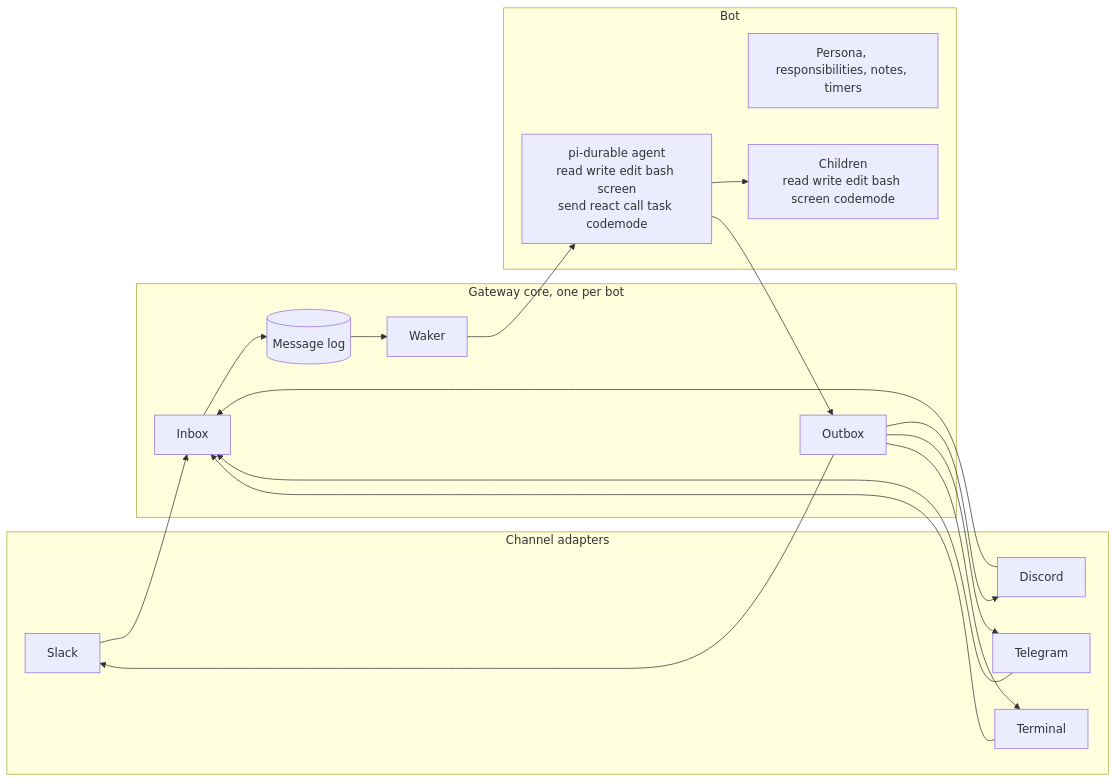
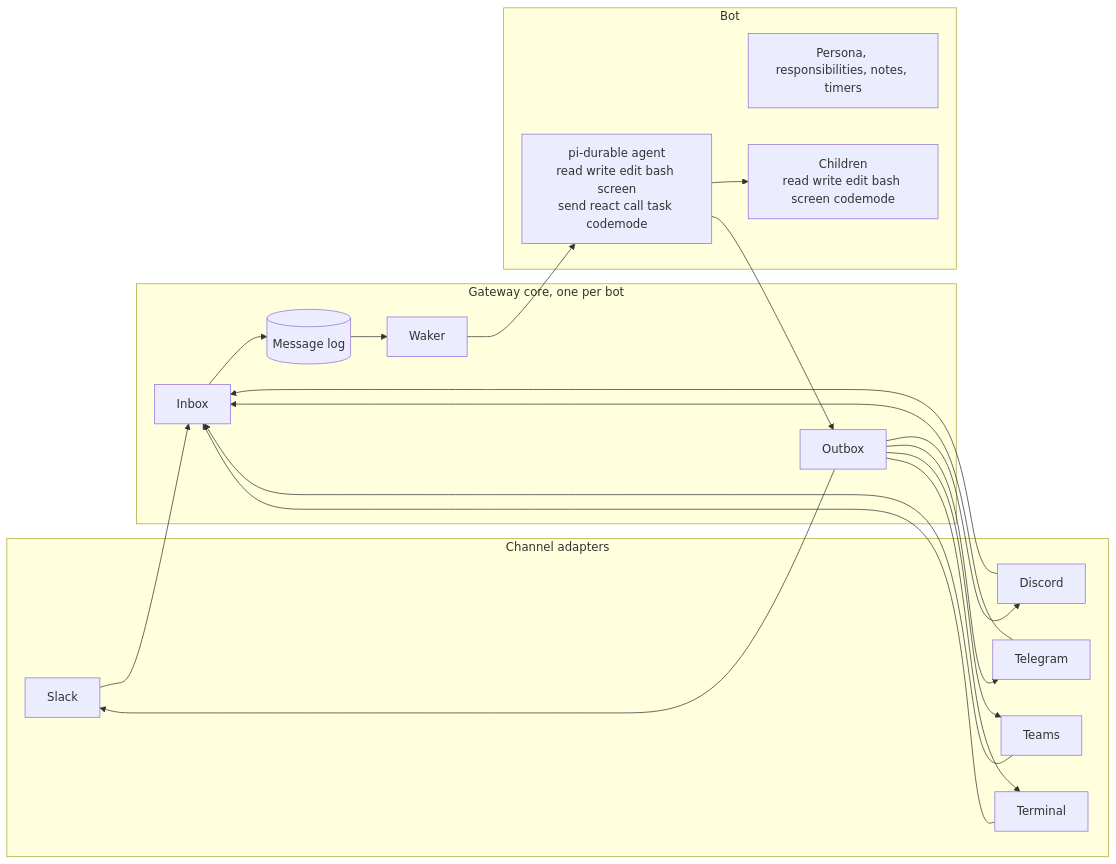
One commit to Crokily/pi-durable-bot changed the second of 2 diagrams in README.md. Above: the diagram before and after it, drawn with Mermaid. The commit also changed other lines of this file and 21 other files, not shown here.

````diff
--- a/README.md
+++ b/README.md
@@ -263,30 +263,33 @@
 ```mermaid
 flowchart LR
   subgraph Adapters[Channel adapters]
     S[Slack]
     D[Discord]
     TG[Telegram]
+    MT[Teams]
     T[Terminal]
   end
   subgraph Gateway[Gateway core, one per bot]
     I[Inbox] --> G[(Message log)]
     G --> K[Waker]
     O[Outbox]
   end
   subgraph Bot[Bot]
     P[Persona, responsibilities, notes, timers]
     A[pi-durable agent<br/>read write edit bash screen<br/>send react call task codemode]
     C[Children<br/>read write edit bash screen codemode]
     A --> C
   end
   S --> I
   D --> I
   TG --> I
+  MT --> I
   T --> I
   K --> A
   A --> O
   O --> S
   O --> D
   O --> TG
+  O --> MT
   O --> T
 ```
````
